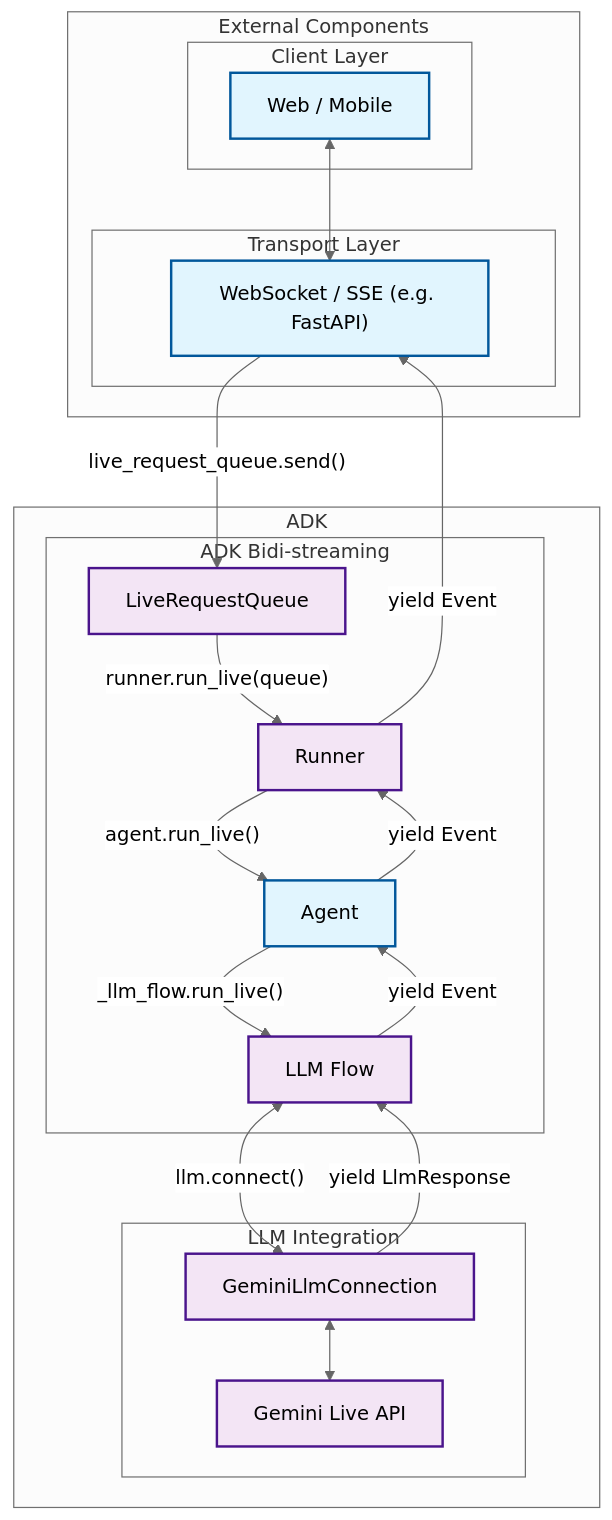
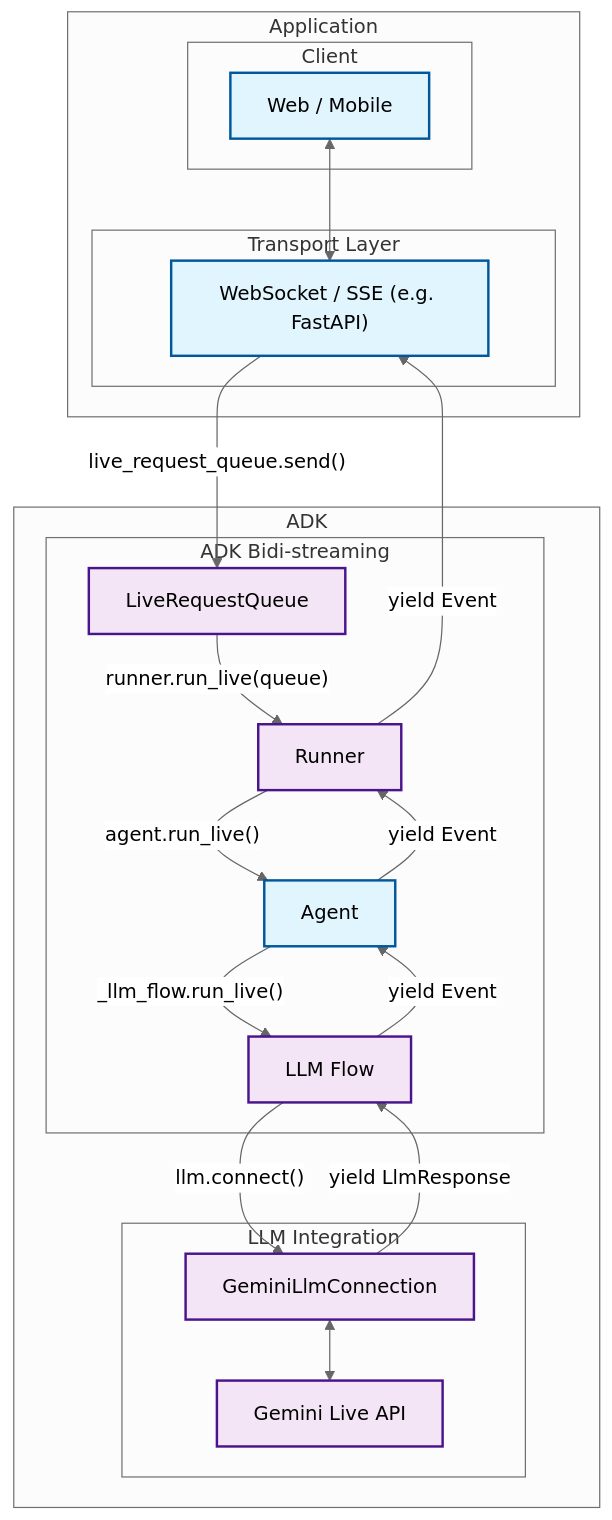
The first of 2 diagrams in docs/chapter1.md (kazunori279/adk-streaming-guide), drawn with Mermaid (neutral theme) before and after one commit. The commit also changed other lines of this file and 5 other files, not shown here.

````diff
--- a/docs/chapter1.md
+++ b/docs/chapter1.md
@@ -56,44 +61,44 @@
 ```mermaid
 graph TB
-    subgraph "External Components" 
-        subgraph "Client Layer"
+    subgraph "Application" 
+        subgraph "Client"
             C1["Web / Mobile"]
         end
         
         subgraph "Transport Layer"
             T1["WebSocket / SSE (e.g. FastAPI)"]
         end
     end
     
     subgraph "ADK"
         subgraph "ADK Bidi-streaming"
             L1[LiveRequestQueue]
             L2[Runner]
             L3[Agent]
             L4[LLM Flow]
         end
         
         subgraph "LLM Integration"
             G1[GeminiLlmConnection]
             G2[Gemini Live API]
         end
     end
     
     C1 <--> T1
     T1 -->|"live_request_queue.send()"| L1
     L1 -->|"runner.run_live(queue)"| L2
     L2 -->|"agent.run_live()"| L3
     L3 -->|"_llm_flow.run_live()"| L4
-    L4 <-->|"llm.connect()"| G1
+    L4 -->|"llm.connect()"| G1
     G1 <--> G2
     G1 -->|"yield LlmResponse"| L4
     L4 -->|"yield Event"| L3
     L3 -->|"yield Event"| L2
     L2 -->|"yield Event"| T1
     
     classDef external fill:#e1f5fe,stroke:#01579b,stroke-width:2px
     classDef adk fill:#f3e5f5,stroke:#4a148c,stroke-width:2px
     
     class C1,T1,L3 external
     class L1,L2,L4,G1,G2 adk
 ```
````
